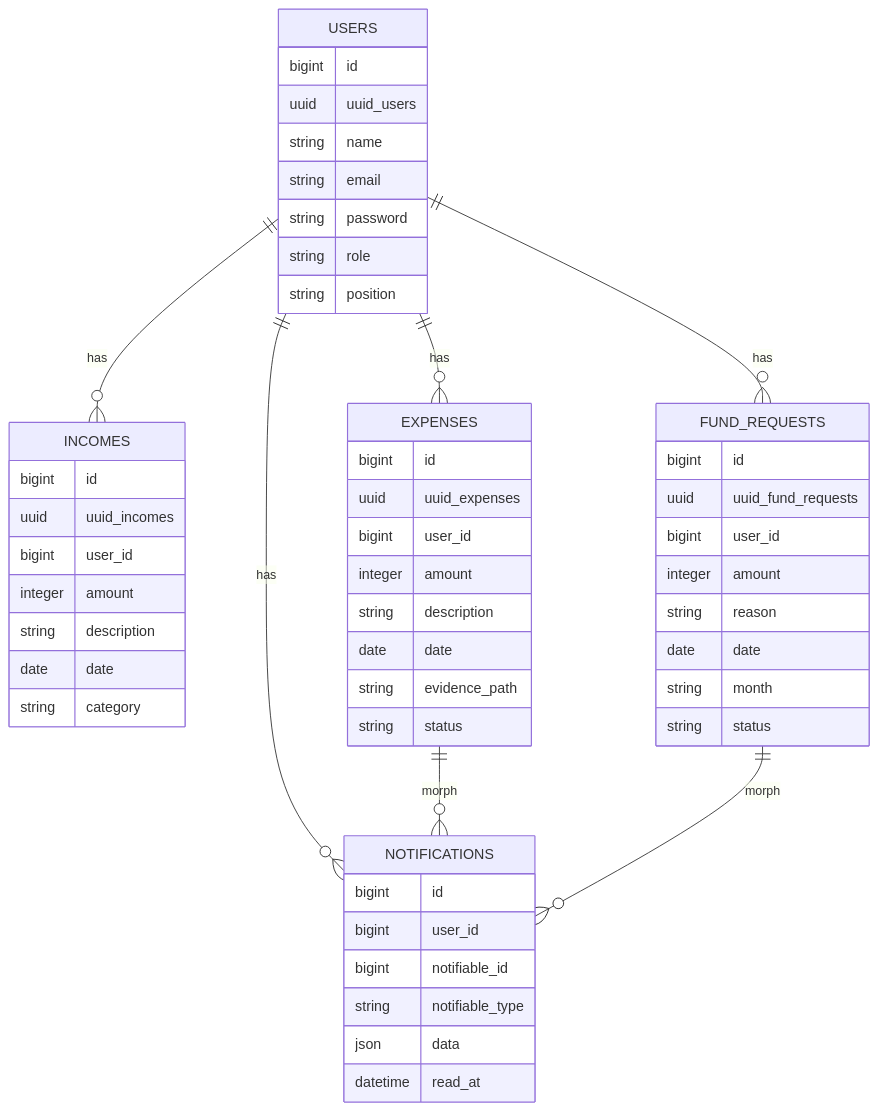
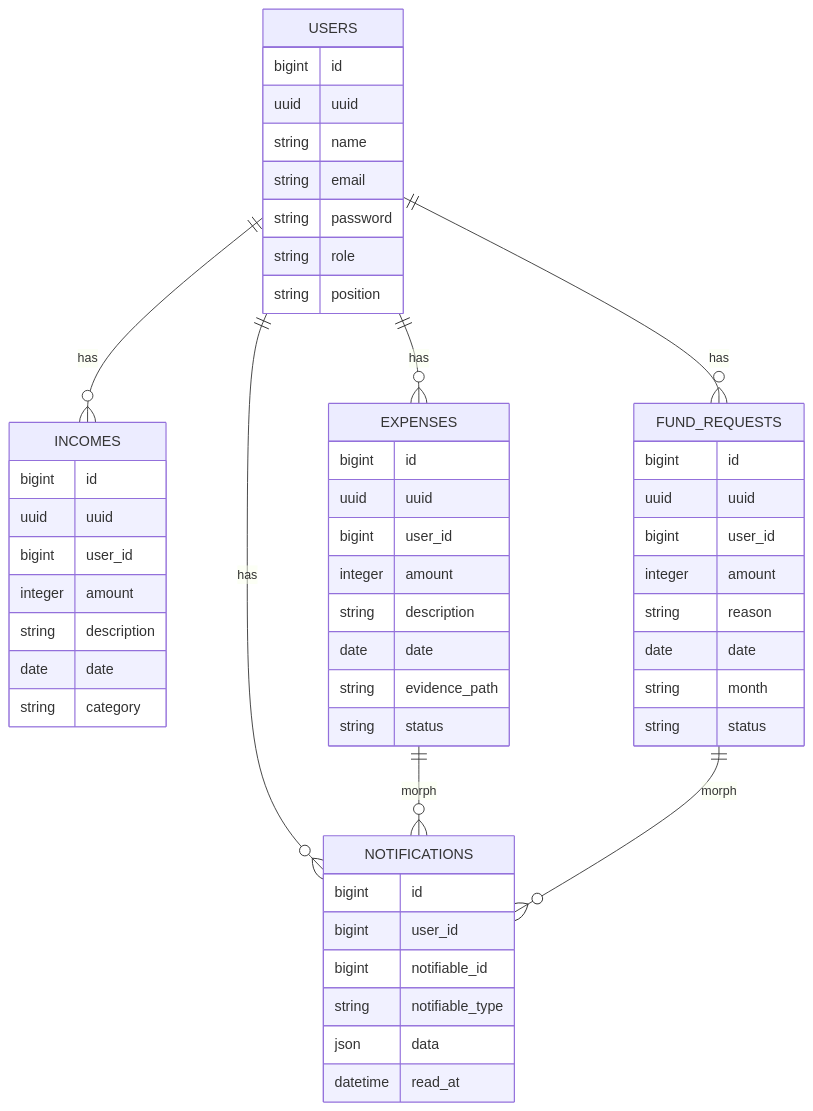
One commit to ericdallan/sistem-keuangan-keluarga changed the second of 2 diagrams in README.md. Above: the diagram before and after it, drawn with Mermaid. The commit also changed 14 other files, not shown here.

````diff
--- a/README.md
+++ b/README.md
@@ -104,62 +104,62 @@
 ```mermaid
 erDiagram
 
     USERS {
         bigint id
-        uuid uuid_users
+        uuid uuid
         string name
         string email
         string password
         string role
         string position
     }
 
     INCOMES {
         bigint id
-        uuid uuid_incomes
+        uuid uuid
         bigint user_id
         integer amount
         string description
         date date
         string category
     }
 
     EXPENSES {
         bigint id
-        uuid uuid_expenses
+        uuid uuid
         bigint user_id
         integer amount
         string description
         date date
         string evidence_path
         string status
     }
 
     FUND_REQUESTS {
         bigint id
-        uuid uuid_fund_requests
+        uuid uuid
         bigint user_id
         integer amount
         string reason
         date date
         string month
         string status
     }
 
     NOTIFICATIONS {
         bigint id
         bigint user_id
         bigint notifiable_id
         string notifiable_type
         json data
         datetime read_at
     }
 
     USERS ||--o{ INCOMES : has
     USERS ||--o{ EXPENSES : has
     USERS ||--o{ FUND_REQUESTS : has
     USERS ||--o{ NOTIFICATIONS : has
 
     EXPENSES ||--o{ NOTIFICATIONS : morph
     FUND_REQUESTS ||--o{ NOTIFICATIONS : morph
 ```
````
